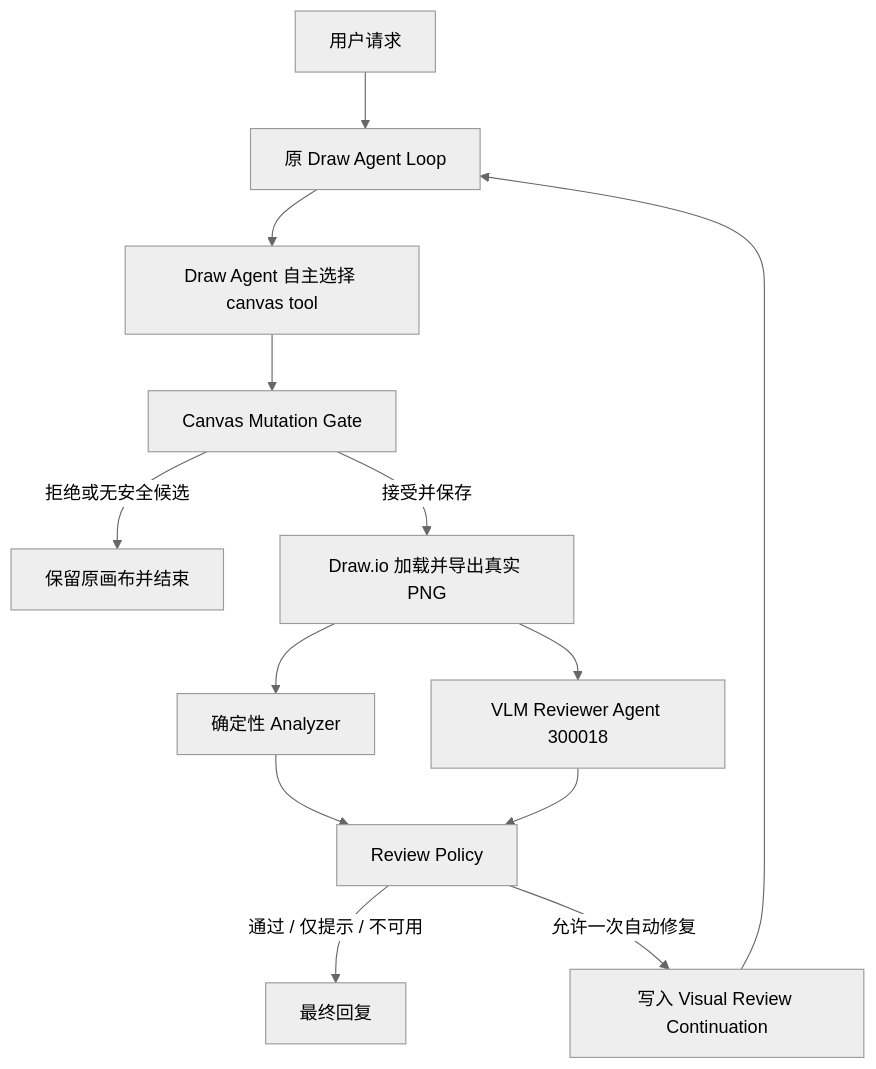
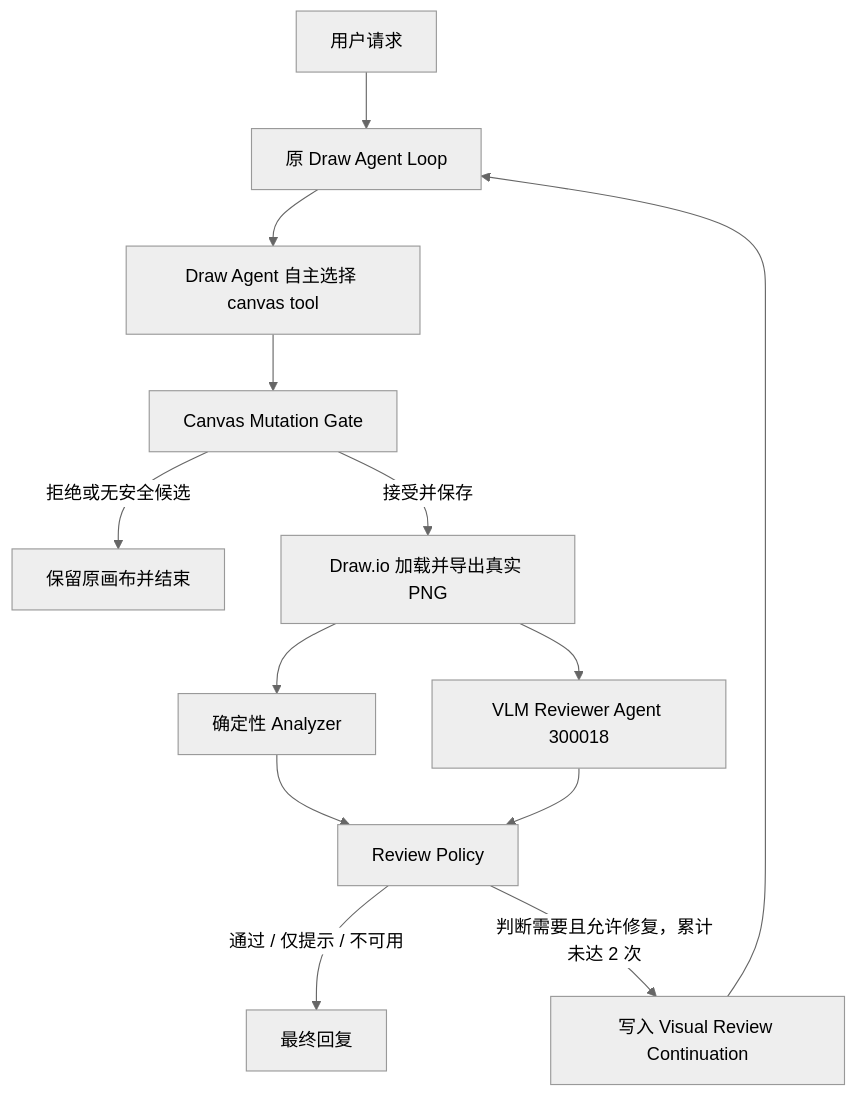
One commit to ShengboYY/ai_draw_io changed the diagram in docs/superpowers/plans/2026-07-16-vlm-reviewer-draw-agent-loop-plan.md. Above: the diagram before and after it, drawn with Mermaid (neutral theme). The commit also changed other lines of this file and 22 other files, not shown here.

````diff
--- a/docs/superpowers/plans/2026-07-16-vlm-reviewer-draw-agent-loop-plan.md
+++ b/docs/superpowers/plans/2026-07-16-vlm-reviewer-draw-agent-loop-plan.md
@@ -14,15 +14,15 @@
 ```mermaid
 flowchart TD
     U["用户请求"] --> D["原 Draw Agent Loop"]
     D --> T["Draw Agent 自主选择 canvas tool"]
     T --> G["Canvas Mutation Gate"]
     G -->|"拒绝或无安全候选"| STOP["保留原画布并结束"]
     G -->|"接受并保存"| RENDER["Draw.io 加载并导出真实 PNG"]
     RENDER --> A["确定性 Analyzer"]
     RENDER --> V["VLM Reviewer Agent 300018"]
     A --> P["Review Policy"]
     V --> P
     P -->|"通过 / 仅提示 / 不可用"| DONE["最终回复"]
-    P -->|"允许一次自动修复"| C["写入 Visual Review Continuation"]
+    P -->|"判断需要且允许修复，累计未达 2 次"| C["写入 Visual Review Continuation"]
     C --> D
 ```
````
